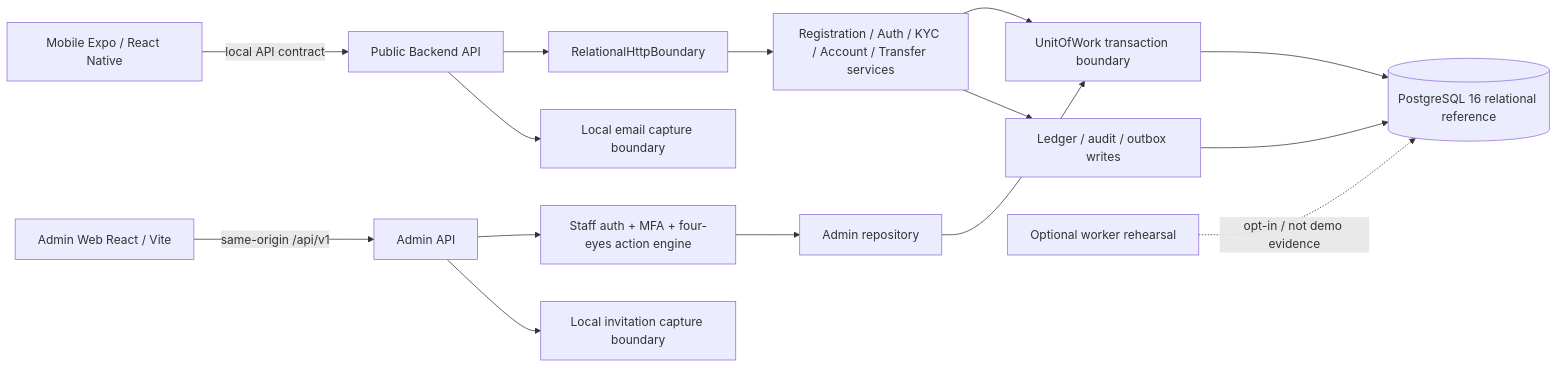
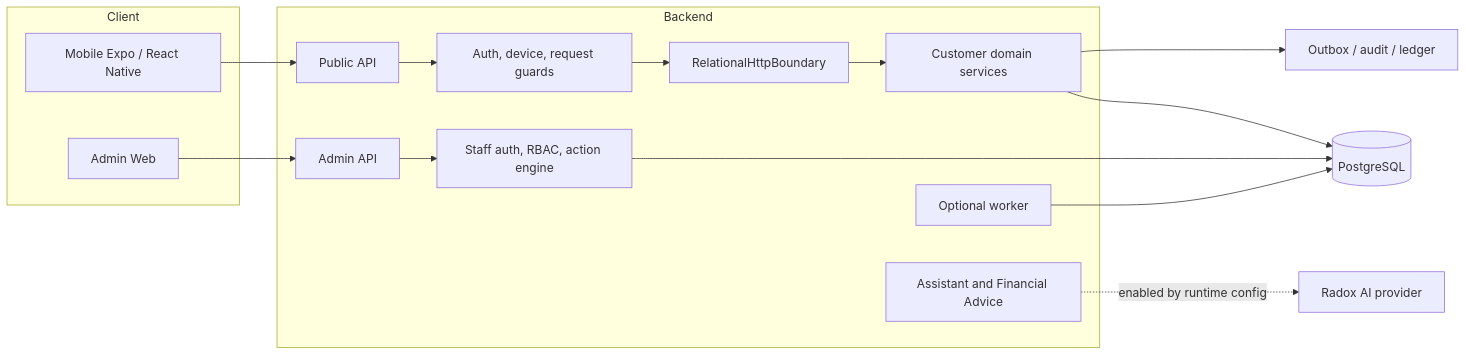
Before and after one commit to NguyenCaoKy1603/banking-system: the diagram in documents/02-design/architecture-and-scope.md, drawn with Mermaid. The commit also changed other lines of this file and 69 other files, not shown here.

Commit message:
docs(specification): align comprehensive 31 use-cases specification and roadmap

````diff
--- a/documents/02-design/architecture-and-scope.md
+++ b/documents/02-design/architecture-and-scope.md
@@ -13,17 +7,26 @@
-```mermaid
+~~~mermaid
 flowchart LR
-  M[Mobile Expo / React Native] -->|local API contract| P[Public Backend API]
-  A[Admin Web React / Vite] -->|same-origin /api/v1| AP[Admin API]
-  P --> B[RelationalHttpBoundary]
-  B --> S[Registration / Auth / KYC / Account / Transfer services]
-  S --> U[UnitOfWork transaction boundary]
-  AP --> F[Staff auth + MFA + four-eyes action engine]
-  F --> AR[Admin repository]
-  AR --> U
-  U --> DB[(PostgreSQL 16 relational reference)]
-  S --> L[Ledger / audit / outbox writes]
-  L --> DB
-  P --> EC[Local email capture boundary]
-  AP --> IC[Local invitation capture boundary]
-  W[Optional worker rehearsal] -. opt-in / not demo evidence .-> DB
-```
+  subgraph Client
+    M[Mobile Expo / React Native]
+    AW[Admin Web]
+  end
+  subgraph Backend
+    P[Public API]
+    AG[Auth, device, request guards]
+    R[RelationalHttpBoundary]
+    DOMAIN[Customer domain services]
+    ADMIN[Admin API]
+    ACT[Staff auth, RBAC, action engine]
+    W[Optional worker]
+    AI[Assistant and Financial Advice]
+  end
+  DB[(PostgreSQL)]
+  O[Outbox / audit / ledger]
+  LLM[Radox AI provider]
+  M --> P --> AG --> R --> DOMAIN
+  DOMAIN --> DB
+  DOMAIN --> O
+  AW --> ADMIN --> ACT --> DB
+  W --> DB
+  AI -. enabled by runtime config .-> LLM
+~~~
````
